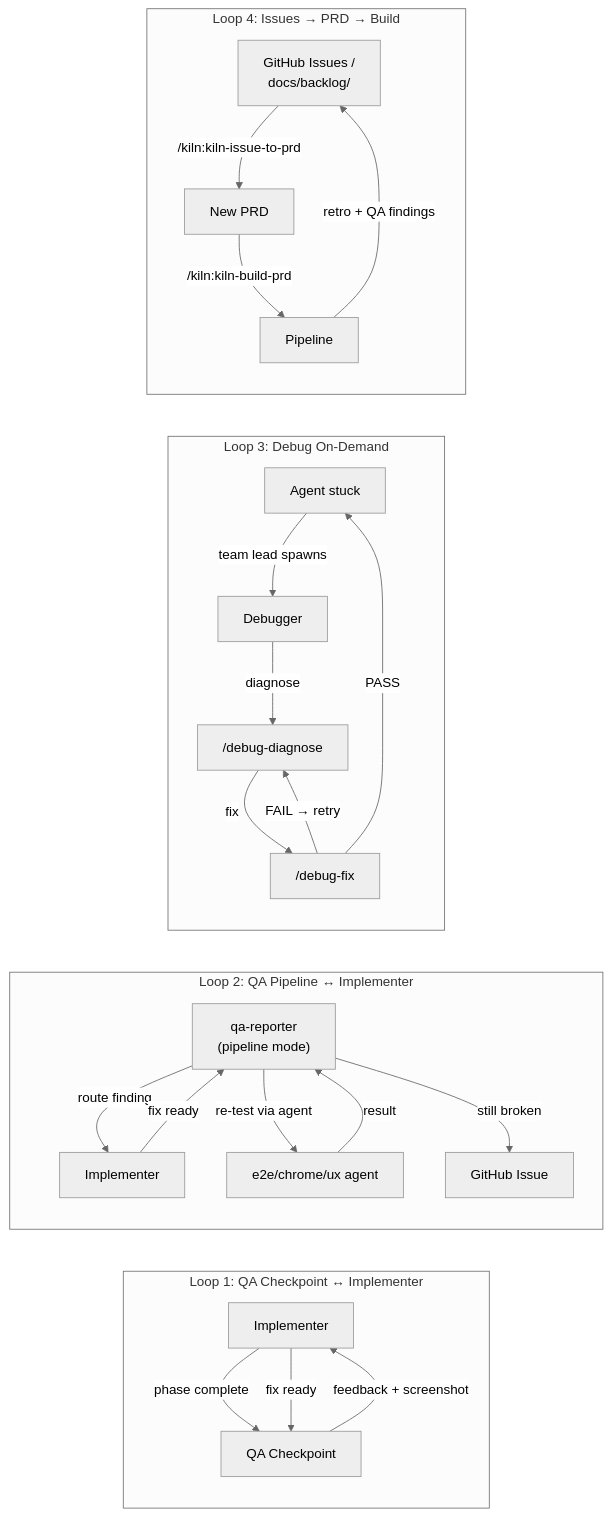
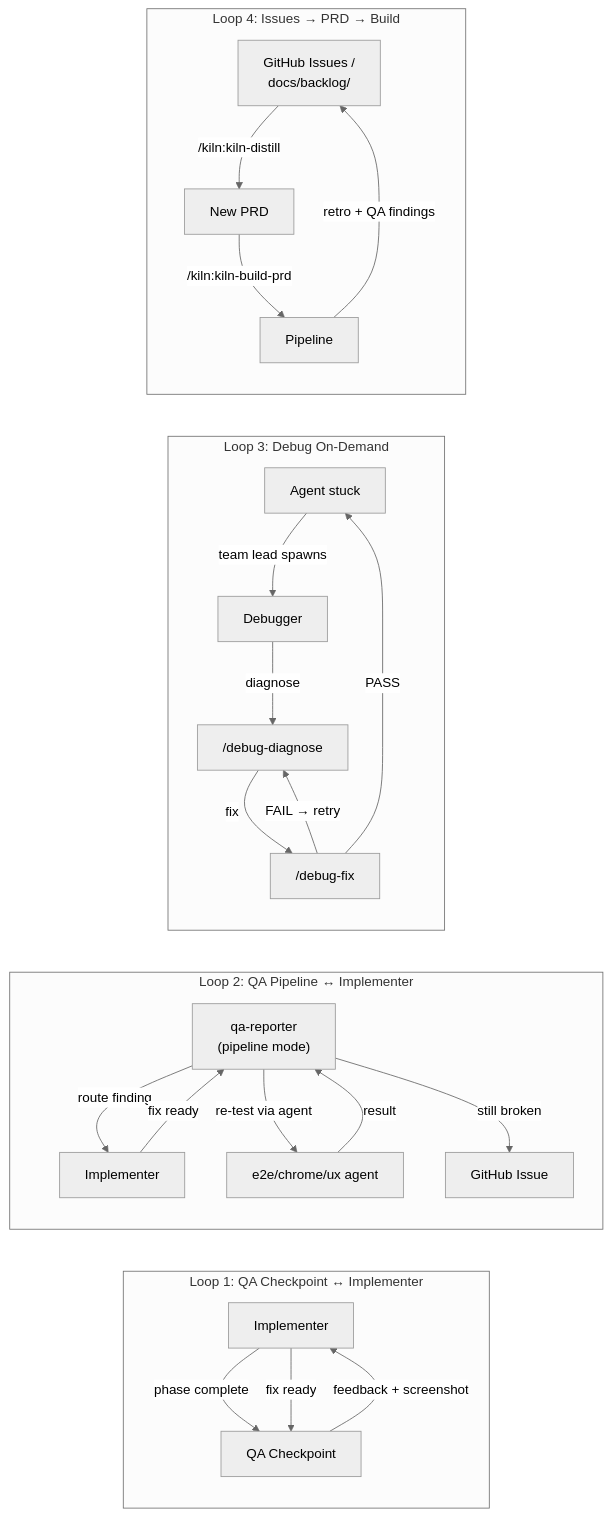
The second of 4 diagrams in docs/architecture.md (yoshisada/ai-repo-template), drawn with Mermaid (neutral theme) before and after one commit. The commit also changed other lines of this file and 41 other files, not shown here.

First line of the commit message:
feat(kiln): capture-fix loop polish — inline fix recording + what's-next + /kiln:kiln-feedback + distill rename (#135)

````diff
--- a/docs/architecture.md
+++ b/docs/architecture.md
@@ -244,30 +244,30 @@
 ```mermaid
 flowchart LR
     subgraph Loop1["Loop 1: QA Checkpoint ↔ Implementer"]
         implA["Implementer"] -->|"phase complete"| qaC["QA Checkpoint"]
         qaC -->|"feedback + screenshot"| implA
         implA -->|"fix ready"| qaC
     end
 
     subgraph Loop2["Loop 2: QA Pipeline ↔ Implementer"]
         qaR["qa-reporter<br/>(pipeline mode)"] -->|"route finding"| implB["Implementer"]
         implB -->|"fix ready"| qaR
         qaR -->|"re-test via agent"| retest["e2e/chrome/ux agent"]
         retest -->|"result"| qaR
         qaR -->|"still broken"| ghIssue["GitHub Issue"]
     end
 
     subgraph Loop3["Loop 3: Debug On-Demand"]
         stuck["Agent stuck"] -->|"team lead spawns"| dbg["Debugger"]
         dbg -->|"diagnose"| diag["/debug-diagnose"]
         diag -->|"fix"| fix["/debug-fix"]
         fix -->|"FAIL → retry"| diag
         fix -->|"PASS"| stuck
     end
 
     subgraph Loop4["Loop 4: Issues → PRD → Build"]
-        issues["GitHub Issues /<br/>docs/backlog/"] -->|"/kiln:kiln-issue-to-prd"| newPrd["New PRD"]
+        issues["GitHub Issues /<br/>docs/backlog/"] -->|"/kiln:kiln-distill"| newPrd["New PRD"]
         newPrd -->|"/kiln:kiln-build-prd"| pipeline["Pipeline"]
         pipeline -->|"retro + QA findings"| issues
     end
 ```
````
